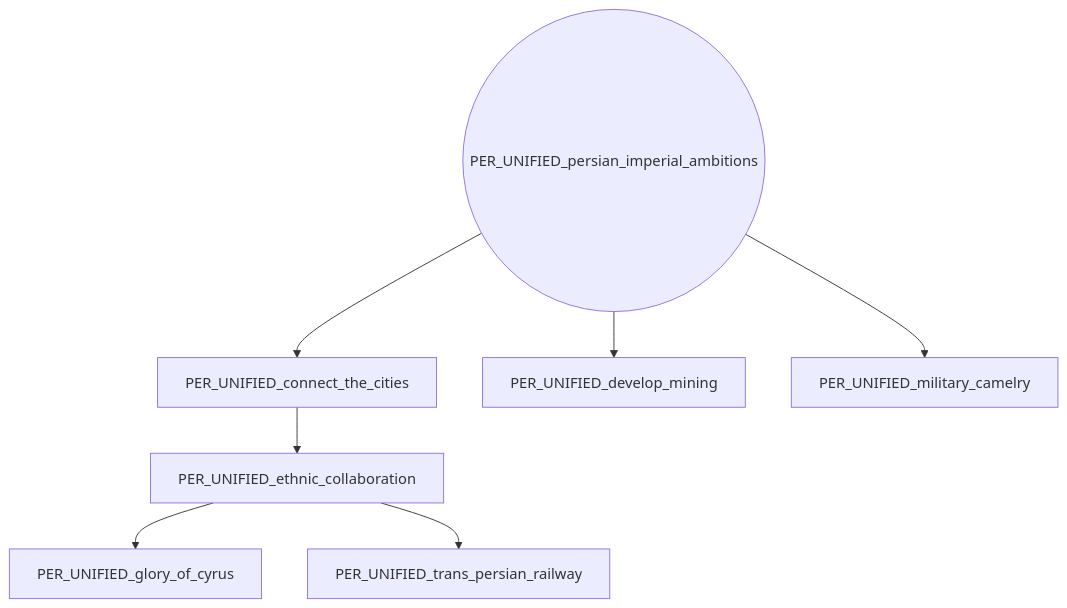
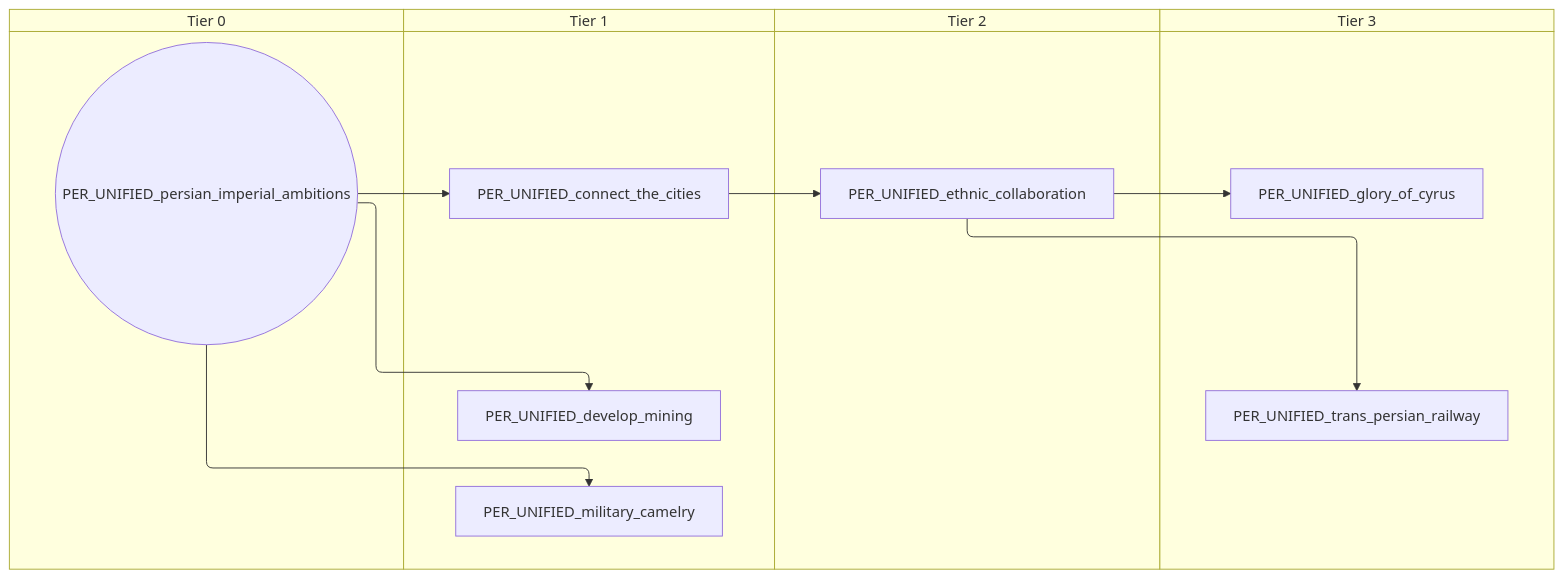
Before and after one commit to evgeny-sobol/hoi4-sandbox-mode-r56: the diagram in docs/gdd/National Focuses/r56_persian_empire_shared.md, drawn with Mermaid. The commit also changed 423 other files, not shown here.

First line of the commit message:
Re-export Rt56 focus trees as swimlane diagrams

````diff
--- a/docs/gdd/National Focuses/r56_persian_empire_shared.md
+++ b/docs/gdd/National Focuses/r56_persian_empire_shared.md
@@ -3,16 +3,24 @@
 ```mermaid
-flowchart TD
-    n1["PER_UNIFIED_connect_the_cities"]
-    n2["PER_UNIFIED_develop_mining"]
-    n3["PER_UNIFIED_ethnic_collaboration"]
-    n4["PER_UNIFIED_glory_of_cyrus"]
-    n5["PER_UNIFIED_military_camelry"]
-    n6(("PER_UNIFIED_persian_imperial_ambitions"))
-    n7["PER_UNIFIED_trans_persian_railway"]
-    n6 --> n1
-    n6 --> n2
+swimlane-beta TD
+    subgraph tier_0["Tier 0"]
+        n1(("PER_UNIFIED_persian_imperial_ambitions"))
+    end
+    subgraph tier_1["Tier 1"]
+        n2["PER_UNIFIED_connect_the_cities"]
+        n3["PER_UNIFIED_develop_mining"]
+        n4["PER_UNIFIED_military_camelry"]
+    end
+    subgraph tier_2["Tier 2"]
+        n5["PER_UNIFIED_ethnic_collaboration"]
+    end
+    subgraph tier_3["Tier 3"]
+        n6["PER_UNIFIED_glory_of_cyrus"]
+        n7["PER_UNIFIED_trans_persian_railway"]
+    end
+    n1 --> n2
     n1 --> n3
-    n3 --> n4
-    n6 --> n5
-    n3 --> n7
+    n2 --> n5
+    n5 --> n6
+    n1 --> n4
+    n5 --> n7
 ```
````
